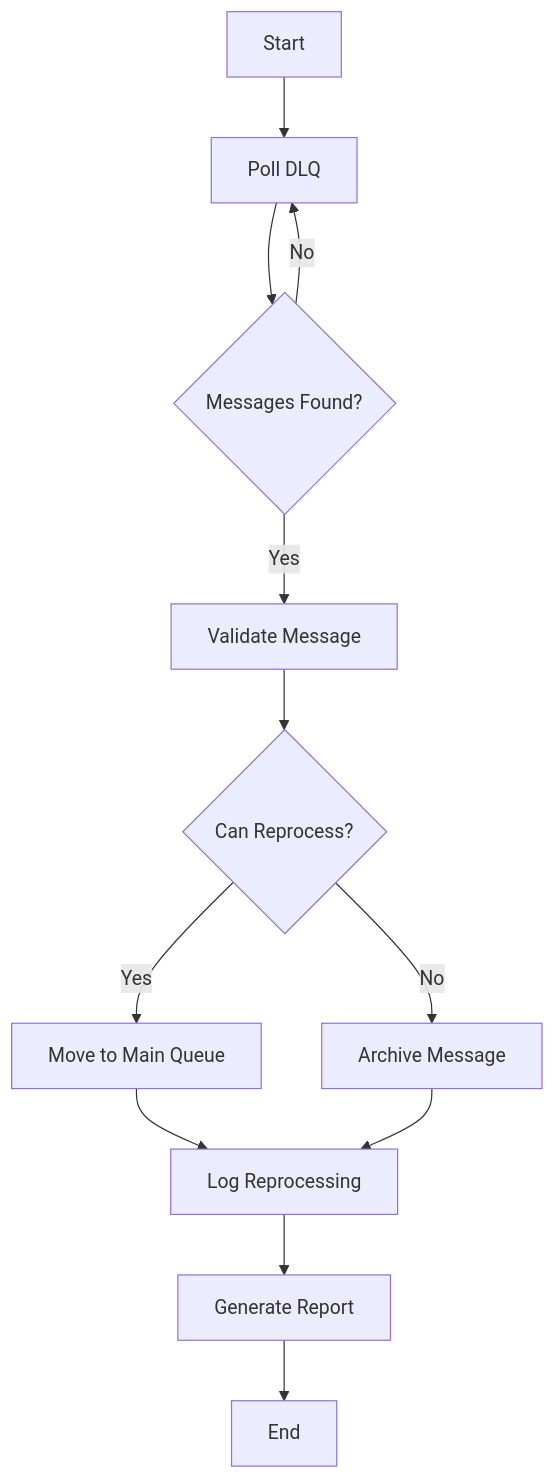
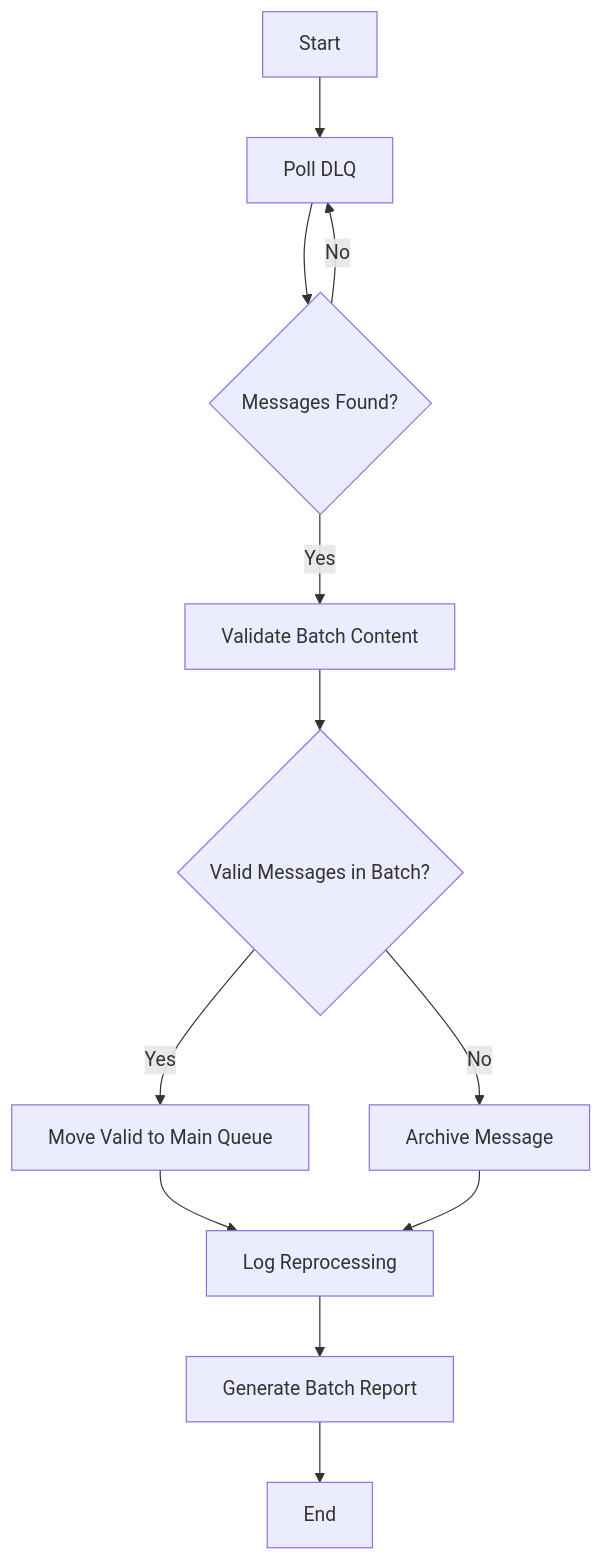
The seventh of 13 diagrams in docs/use_cases.md (and1teachera/price-change-management-system), drawn with Mermaid before and after one commit. The commit also changed other lines of this file and 3 other files, not shown here.

Commit message:
docs: Update project documentation to reflect batch processing of messages

````diff
--- a/docs/use_cases.md
+++ b/docs/use_cases.md
@@ -744,14 +744,14 @@
 ``` mermaid
 flowchart TD
     A2[Start] --> B2[Poll DLQ]
     B2 --> C2{Messages Found?}
-    C2 -->|Yes| D2[Validate Message]
+    C2 -->|Yes| D2[Validate Batch Content]
     C2 -->|No| B2
-    D2 --> E2{Can Reprocess?}
-    E2 -->|Yes| F2[Move to Main Queue]
+    D2 --> E2{Valid Messages in Batch?}
+    E2 -->|Yes| F2[Move Valid to Main Queue]
     E2 -->|No| G2[Archive Message]
     F2 --> H2[Log Reprocessing]
     G2 --> H2
-    H2 --> I2[Generate Report]
+    H2 --> I2[Generate Batch Report]
     I2 --> J2[End]
 ```
````
